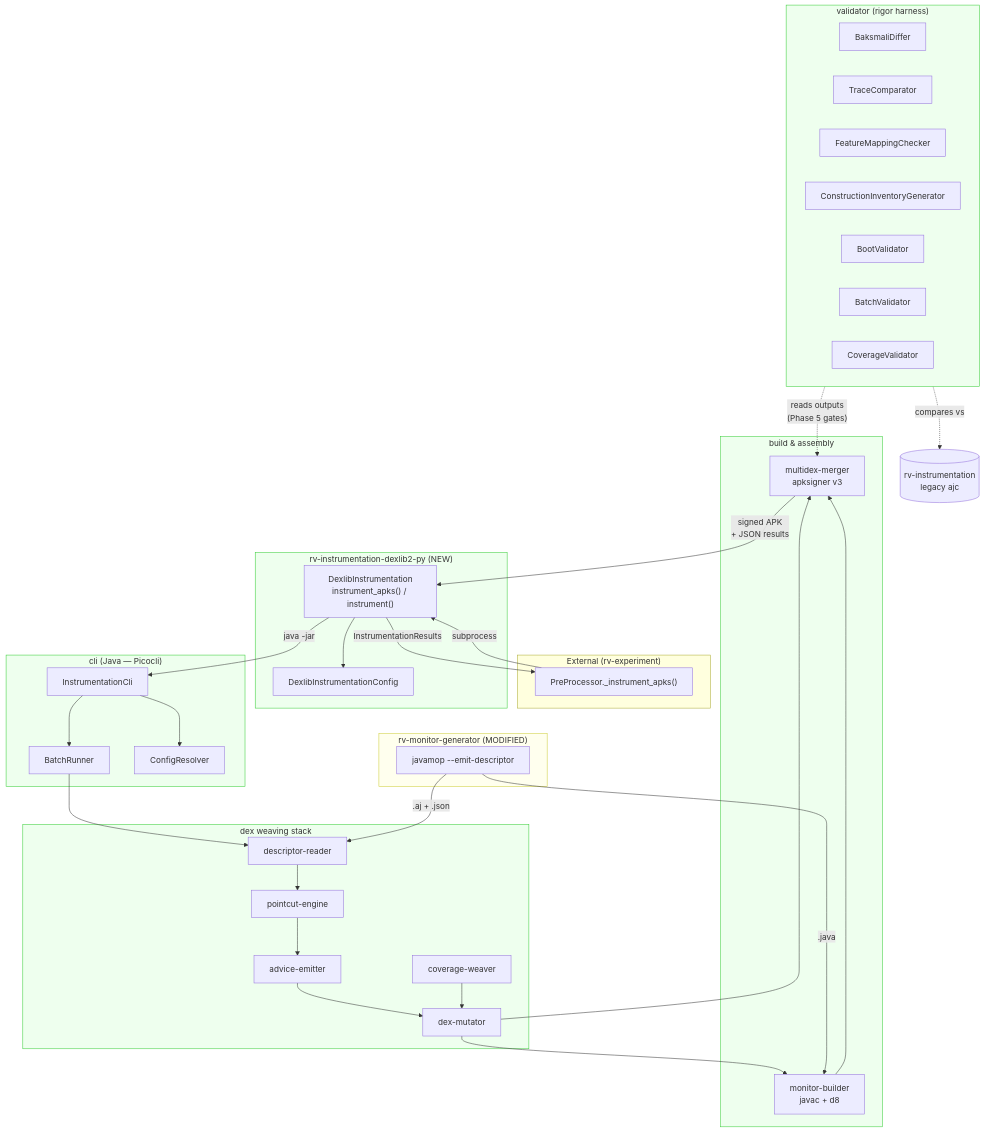
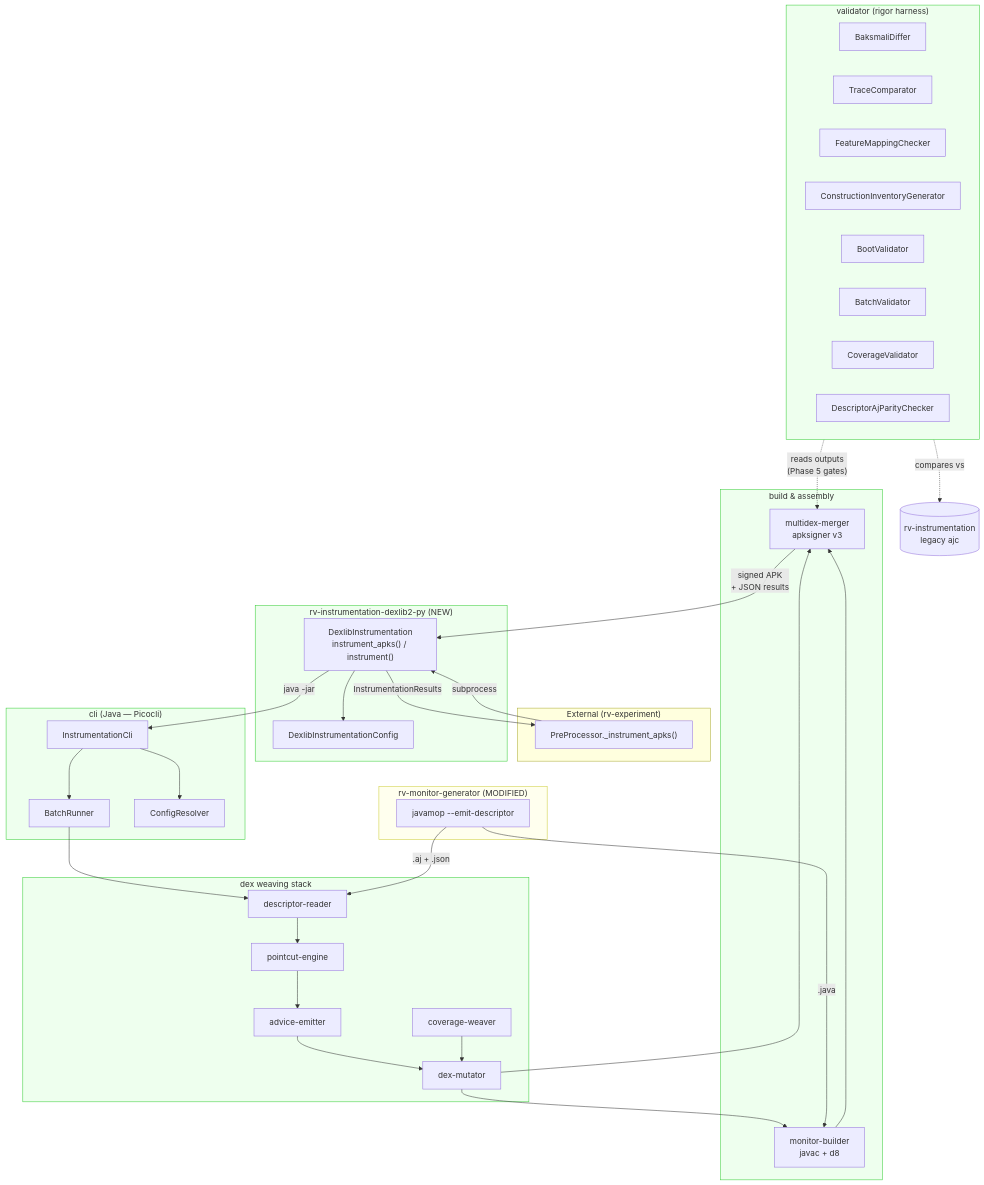
One commit to PAMunb/rvsec changed the first of 6 diagrams in rv-android/openspec/changes/gh52-instr-dexlib2/design.md. Above: the diagram before and after it, drawn with Mermaid. The commit also changed other lines of this file and 8 other files, not shown here.

````diff
--- a/rv-android/openspec/changes/gh52-instr-dexlib2/design.md
+++ b/rv-android/openspec/changes/gh52-instr-dexlib2/design.md
@@ -19,71 +19,72 @@
 ```mermaid
 flowchart TB
     subgraph EXT["External (rv-experiment)"]
         EXP["PreProcessor._instrument_apks()"]
     end
 
     subgraph PY["rv-instrumentation-dexlib2-py (NEW)"]
         DI["DexlibInstrumentation<br/>instrument_apks() / instrument()"]
         PYC[DexlibInstrumentationConfig]
     end
 
     subgraph CLI["cli (Java — Picocli)"]
         ICLI[InstrumentationCli]
         BR[BatchRunner]
         CR[ConfigResolver]
     end
 
     subgraph WEAVER["dex weaving stack"]
         DR[descriptor-reader]
         PE[pointcut-engine]
         AE[advice-emitter]
         DM[dex-mutator]
         CW[coverage-weaver]
     end
 
     subgraph BUILD["build & assembly"]
         MB[monitor-builder<br/>javac + d8]
         MM[multidex-merger<br/>apksigner v3]
     end
 
     subgraph VAL["validator (rigor harness)"]
         BD[BaksmaliDiffer]
         TC[TraceComparator]
         FMC[FeatureMappingChecker]
         CIG[ConstructionInventoryGenerator]
         BV[BootValidator]
         BTV[BatchValidator]
         CV[CoverageValidator]
+        DPC[DescriptorAjParityChecker]
     end
 
     subgraph GEN["rv-monitor-generator (MODIFIED)"]
         JM[javamop --emit-descriptor]
     end
 
     EXP -->|subprocess| DI
     DI --> PYC
     DI -->|java -jar| ICLI
     ICLI --> CR
     ICLI --> BR
     BR --> DR
     DR --> PE
     PE --> AE
     AE --> DM
     CW --> DM
     DM --> MB
     DM --> MM
     MB --> MM
     MM -->|signed APK<br/>+ JSON results| DI
     DI -->|InstrumentationResults| EXP
 
     JM -->|".aj + .json"| DR
     JM -->|".java"| MB
 
     VAL -.->|"reads outputs<br/>(Phase 5 gates)"| MM
     VAL -.->|"compares vs"| LEGACY[("rv-instrumentation<br/>legacy ajc")]
 
     classDef new fill:#efe,stroke:#3c3
     classDef changed fill:#ffe,stroke:#cc3
     class PY,CLI,WEAVER,BUILD,VAL new
     class GEN changed
 ```
````
